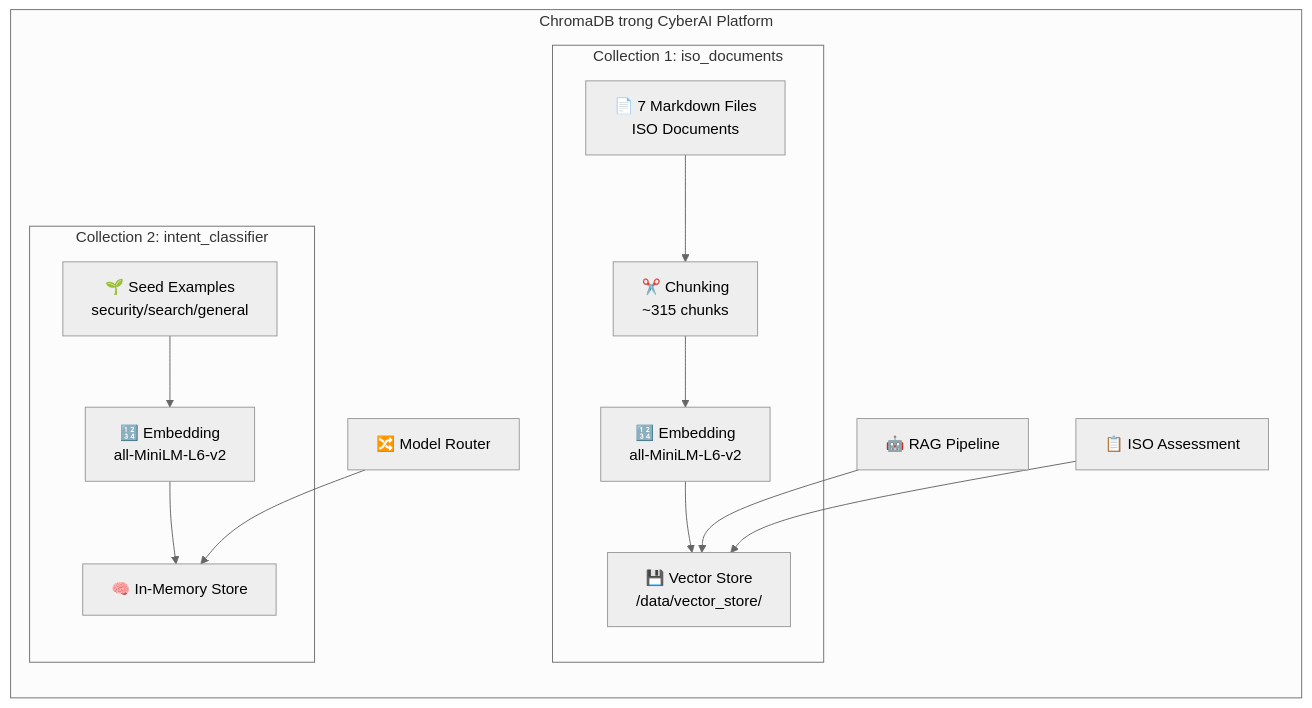
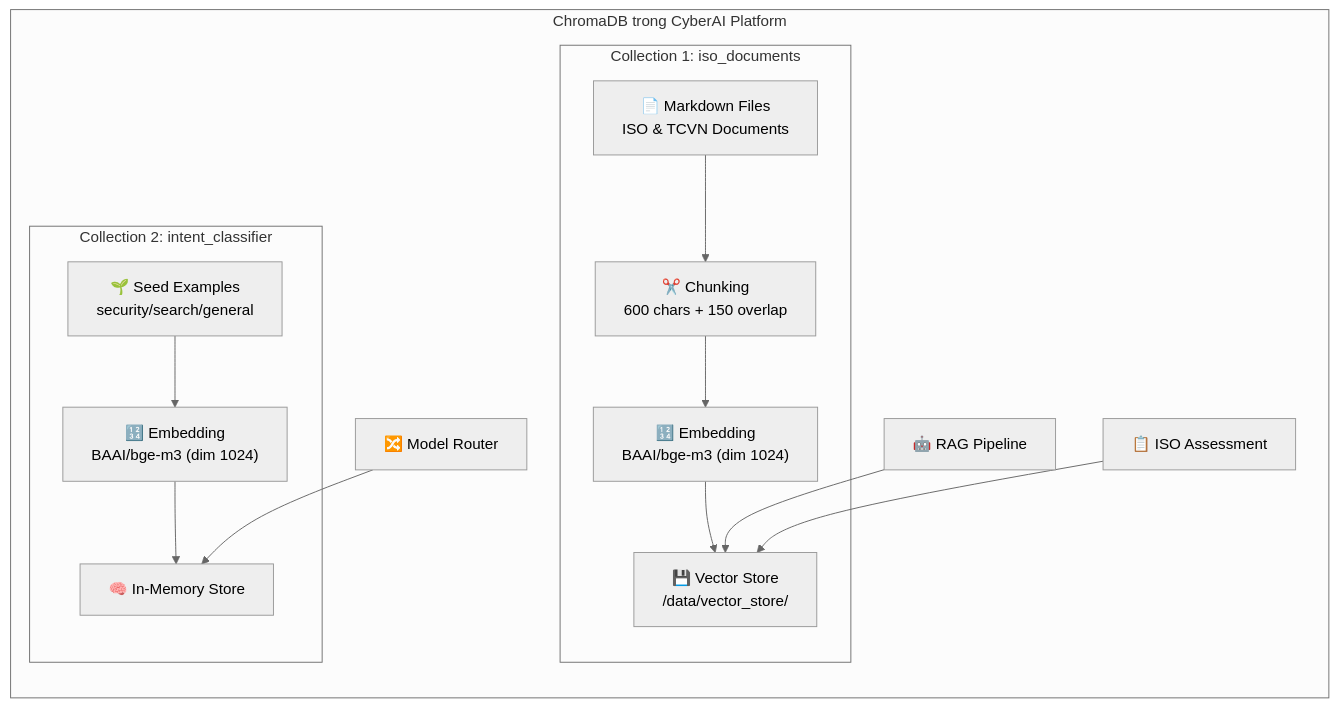
One commit to NghiaDinh03/CyberAI-Assessment-project changed the first of 9 diagrams in docs/vi/chromadb_guide.md. Above: the diagram before and after it, drawn with Mermaid (neutral theme). The commit also changed 94 other files, not shown here.

Commit message:
feat(pipeline): standardize unified assessment schema, runtime audit telemetry, masked evidence manifests, and artifact consistency validation

````diff
--- a/docs/vi/chromadb_guide.md
+++ b/docs/vi/chromadb_guide.md
@@ -44,25 +44,25 @@
 ```mermaid
 graph TB
     subgraph "ChromaDB trong CyberAI Platform"
         direction TB
 
         subgraph "Collection 1: iso_documents"
-            MD["📄 7 Markdown Files<br/>ISO Documents"]
-            CHUNK["✂️ Chunking<br/>~315 chunks"]
-            EMB1["🔢 Embedding<br/>all-MiniLM-L6-v2"]
+            MD["📄 Markdown Files<br/>ISO & TCVN Documents"]
+            CHUNK["✂️ Chunking<br/>600 chars + 150 overlap"]
+            EMB1["🔢 Embedding<br/>BAAI/bge-m3 (dim 1024)"]
             VS["💾 Vector Store<br/>/data/vector_store/"]
             MD --> CHUNK --> EMB1 --> VS
         end
 
         subgraph "Collection 2: intent_classifier"
             SEED["🌱 Seed Examples<br/>security/search/general"]
-            EMB2["🔢 Embedding<br/>all-MiniLM-L6-v2"]
+            EMB2["🔢 Embedding<br/>BAAI/bge-m3 (dim 1024)"]
             MEM["🧠 In-Memory Store"]
             SEED --> EMB2 --> MEM
         end
 
         RAG["🤖 RAG Pipeline"] --> VS
         ISO["📋 ISO Assessment"] --> VS
         ROUTER["🔀 Model Router"] --> MEM
     end
 ```
````
